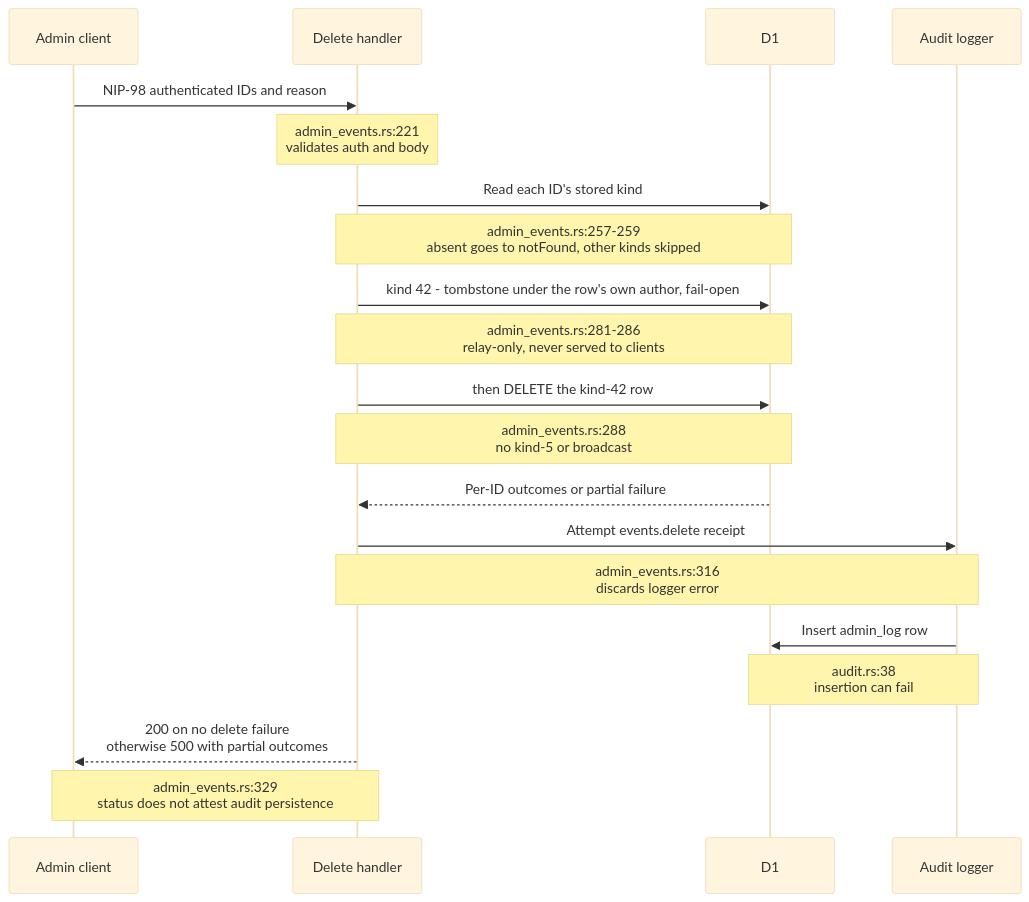
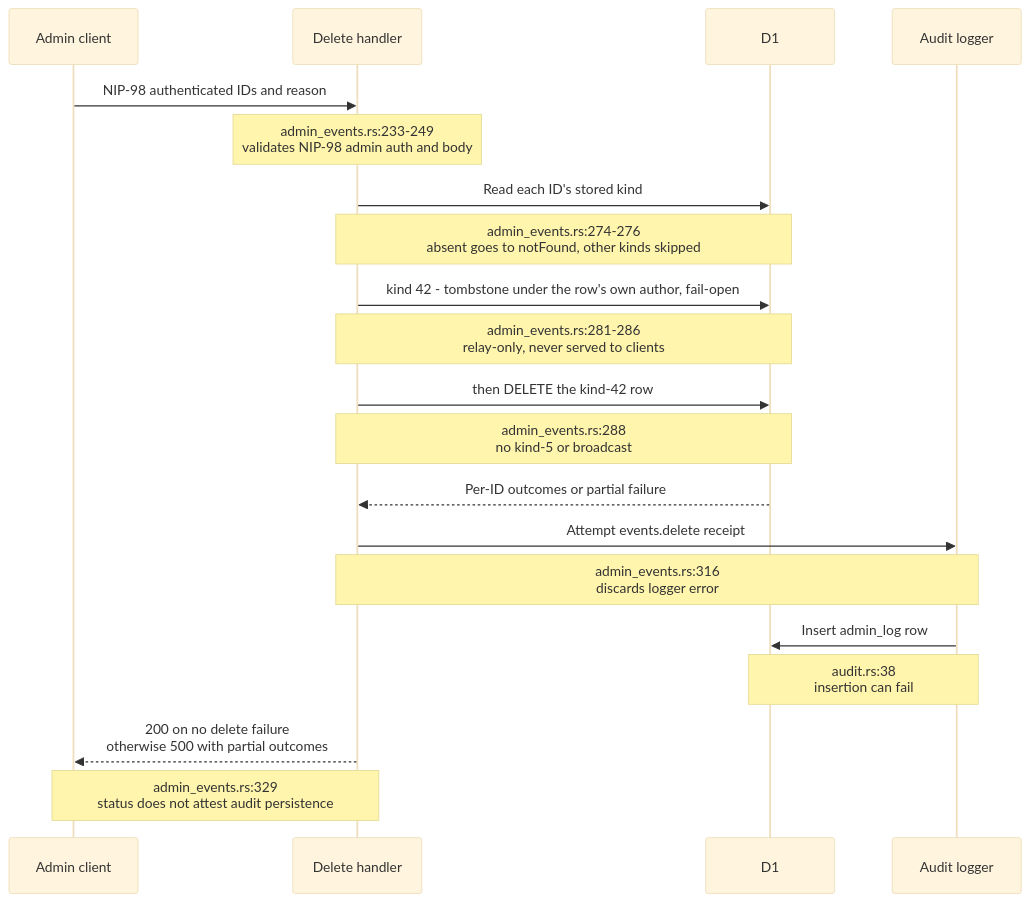
One commit to DreamLab-AI/VisionFlow changed the fourth of 8 diagrams in docs/diagrams/nostr-rust-forum/26-sealed-history-migration-and-reader-contracts.md. Above: the diagram before and after it, drawn with Mermaid (base theme). The commit also changed other lines of this file and 1 other file, not shown here.

First line of the commit message:
diagrams(nostr-rust-forum): fix skeptic findings on NF-21.3 and NF-26.4/26.8

````diff
--- a/docs/diagrams/nostr-rust-forum/26-sealed-history-migration-and-reader-contracts.md
+++ b/docs/diagrams/nostr-rust-forum/26-sealed-history-migration-and-reader-contracts.md
@@ -108,22 +108,22 @@
 ```mermaid
 sequenceDiagram
     participant C as Admin client
     participant H as Delete handler
     participant D as D1
     participant A as Audit logger
     C->>H: NIP-98 authenticated IDs and reason
-    Note over H: admin_events.rs:221<br/>validates auth and body
+    Note over H: admin_events.rs:233-249<br/>validates NIP-98 admin auth and body
     H->>D: Read each ID's stored kind
-    Note over H,D: admin_events.rs:257-259<br/>absent goes to notFound, other kinds skipped
+    Note over H,D: admin_events.rs:274-276<br/>absent goes to notFound, other kinds skipped
     H->>D: kind 42 - tombstone under the row's own author, fail-open
     Note over H,D: admin_events.rs:281-286<br/>relay-only, never served to clients
     H->>D: then DELETE the kind-42 row
     Note over H,D: admin_events.rs:288<br/>no kind-5 or broadcast
     D-->>H: Per-ID outcomes or partial failure
     H->>A: Attempt events.delete receipt
     Note over H,A: admin_events.rs:316<br/>discards logger error
     A->>D: Insert admin_log row
     Note over A,D: audit.rs:38<br/>insertion can fail
     H-->>C: 200 on no delete failure<br/>otherwise 500 with partial outcomes
     Note over H,C: admin_events.rs:329<br/>status does not attest audit persistence
 ```
````
